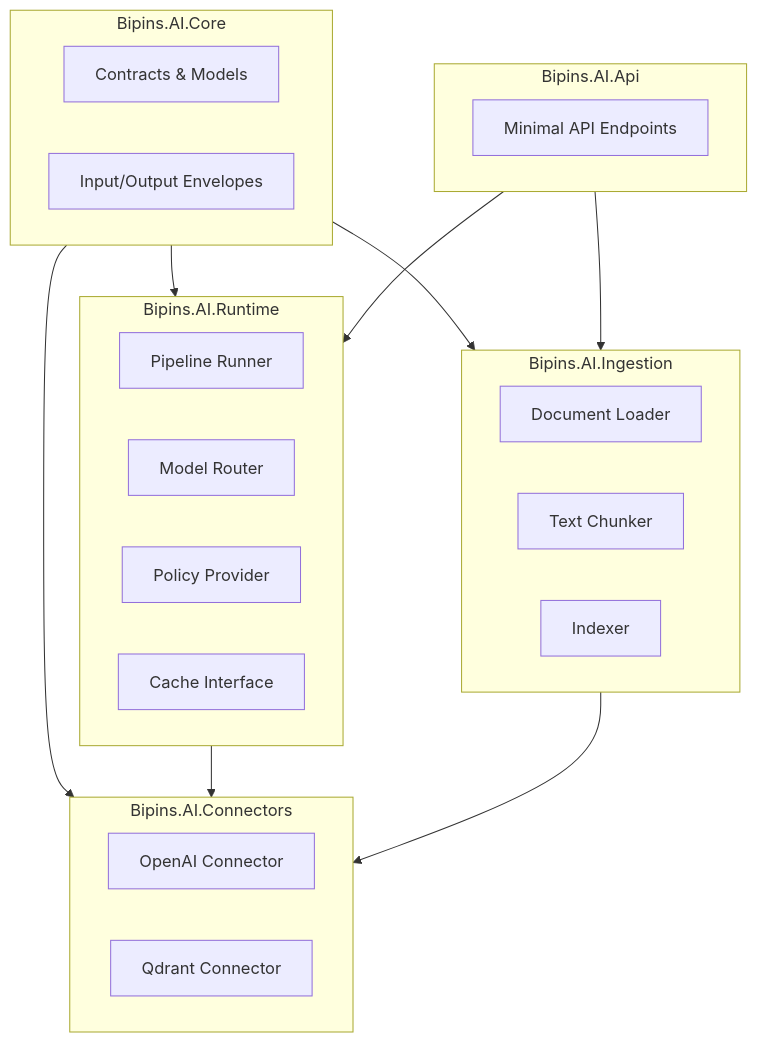
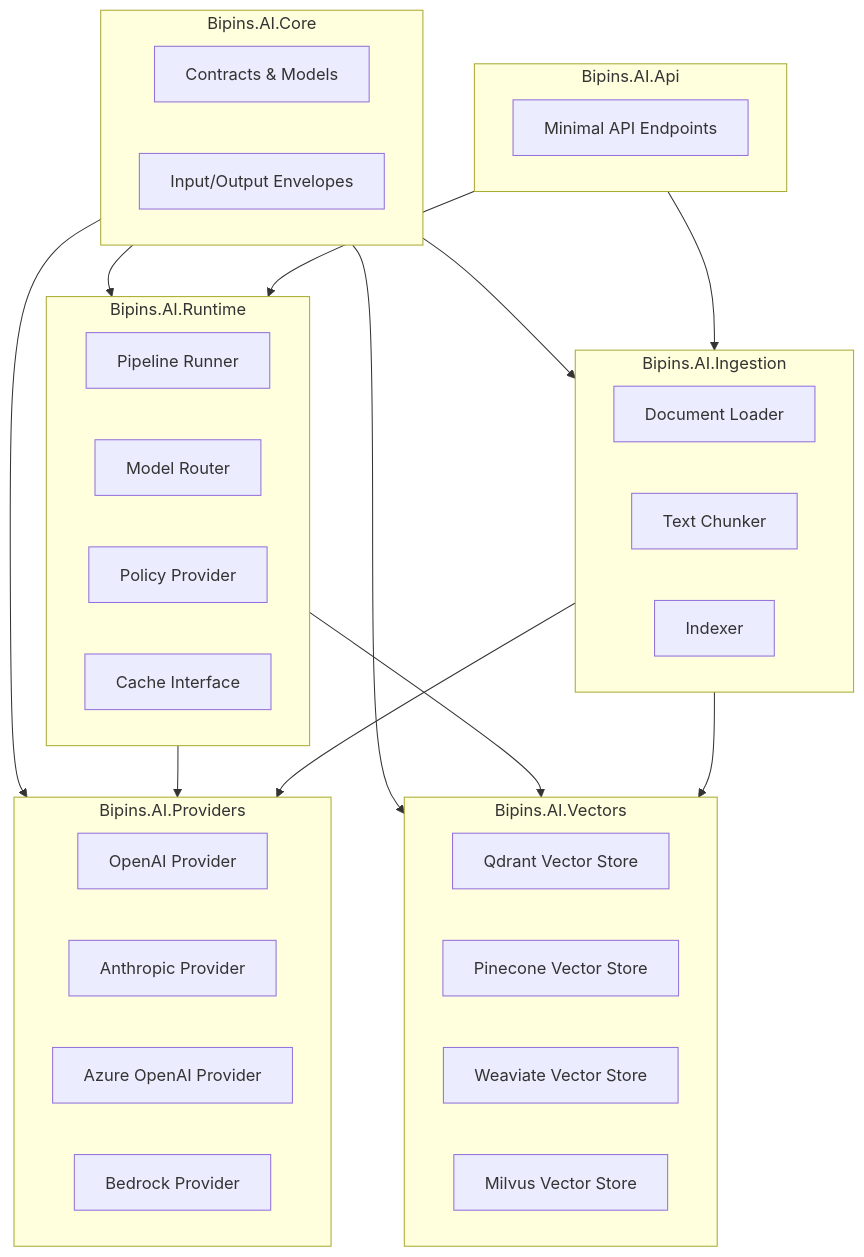
One commit to bipindra/Bipins.AI changed the diagram in README.md. Above: the diagram before and after it, drawn with Mermaid. The commit also changed other lines of this file, not shown here.

Commit message:
Update README to reflect new project structure (Providers and Vectors)

````diff
--- a/README.md
+++ b/README.md
@@ -17,37 +17,49 @@
 ```mermaid
 graph TB
     subgraph Core["Bipins.AI.Core"]
         Contracts[Contracts & Models]
         Envelopes[Input/Output Envelopes]
     end
     
     subgraph Runtime["Bipins.AI.Runtime"]
         Pipeline[Pipeline Runner]
         Router[Model Router]
         Policy[Policy Provider]
         Cache[Cache Interface]
     end
     
-    subgraph Connectors["Bipins.AI.Connectors"]
-        OpenAI[OpenAI Connector]
-        Qdrant[Qdrant Connector]
+    subgraph Providers["Bipins.AI.Providers"]
+        OpenAI[OpenAI Provider]
+        Anthropic[Anthropic Provider]
+        AzureOpenAI[Azure OpenAI Provider]
+        Bedrock[Bedrock Provider]
+    end
+    
+    subgraph Vectors["Bipins.AI.Vectors"]
+        Qdrant[Qdrant Vector Store]
+        Pinecone[Pinecone Vector Store]
+        Weaviate[Weaviate Vector Store]
+        Milvus[Milvus Vector Store]
     end
     
     subgraph Ingestion["Bipins.AI.Ingestion"]
         Loader[Document Loader]
         Chunker[Text Chunker]
         Indexer[Indexer]
     end
     
     subgraph API["Bipins.AI.Api"]
         Endpoints[Minimal API Endpoints]
     end
     
     Core --> Runtime
-    Core --> Connectors
+    Core --> Providers
+    Core --> Vectors
     Core --> Ingestion
-    Runtime --> Connectors
-    Ingestion --> Connectors
+    Runtime --> Providers
+    Runtime --> Vectors
+    Ingestion --> Providers
+    Ingestion --> Vectors
     API --> Runtime
     API --> Ingestion
 ```
````
